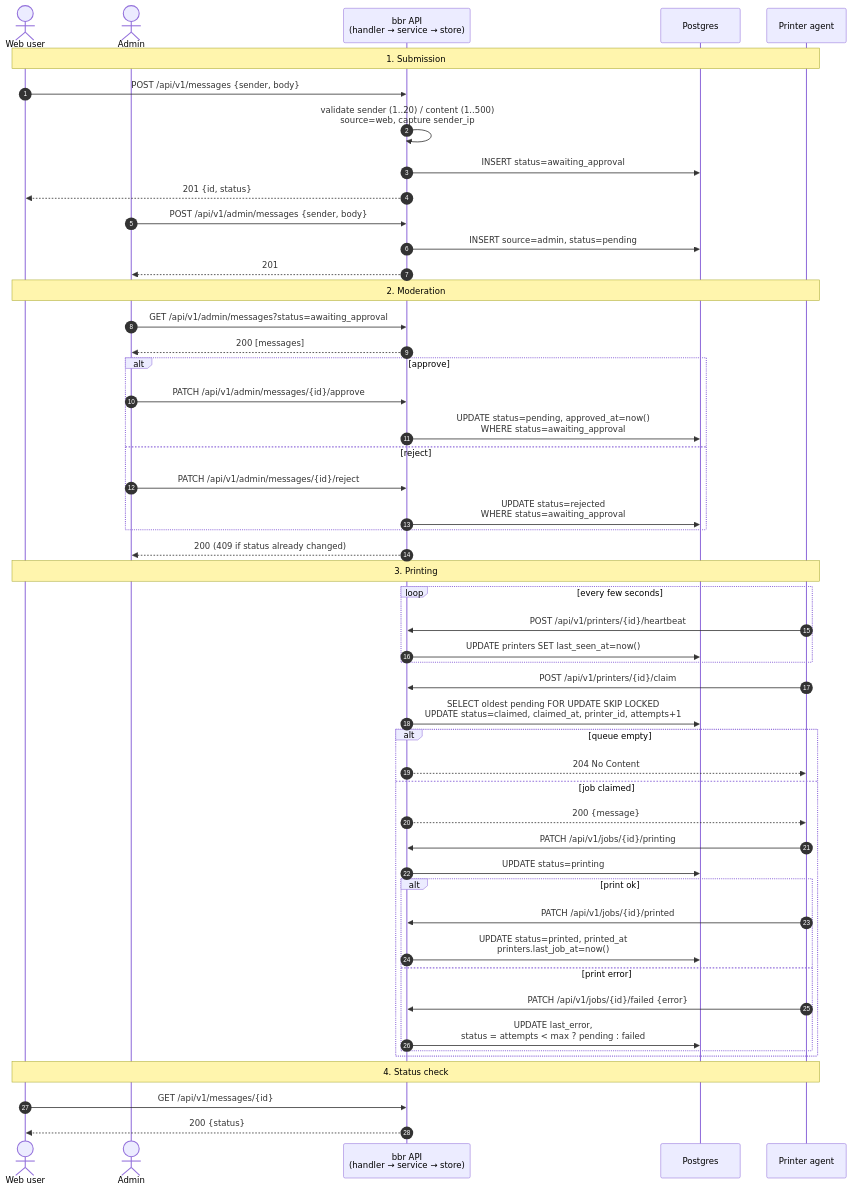
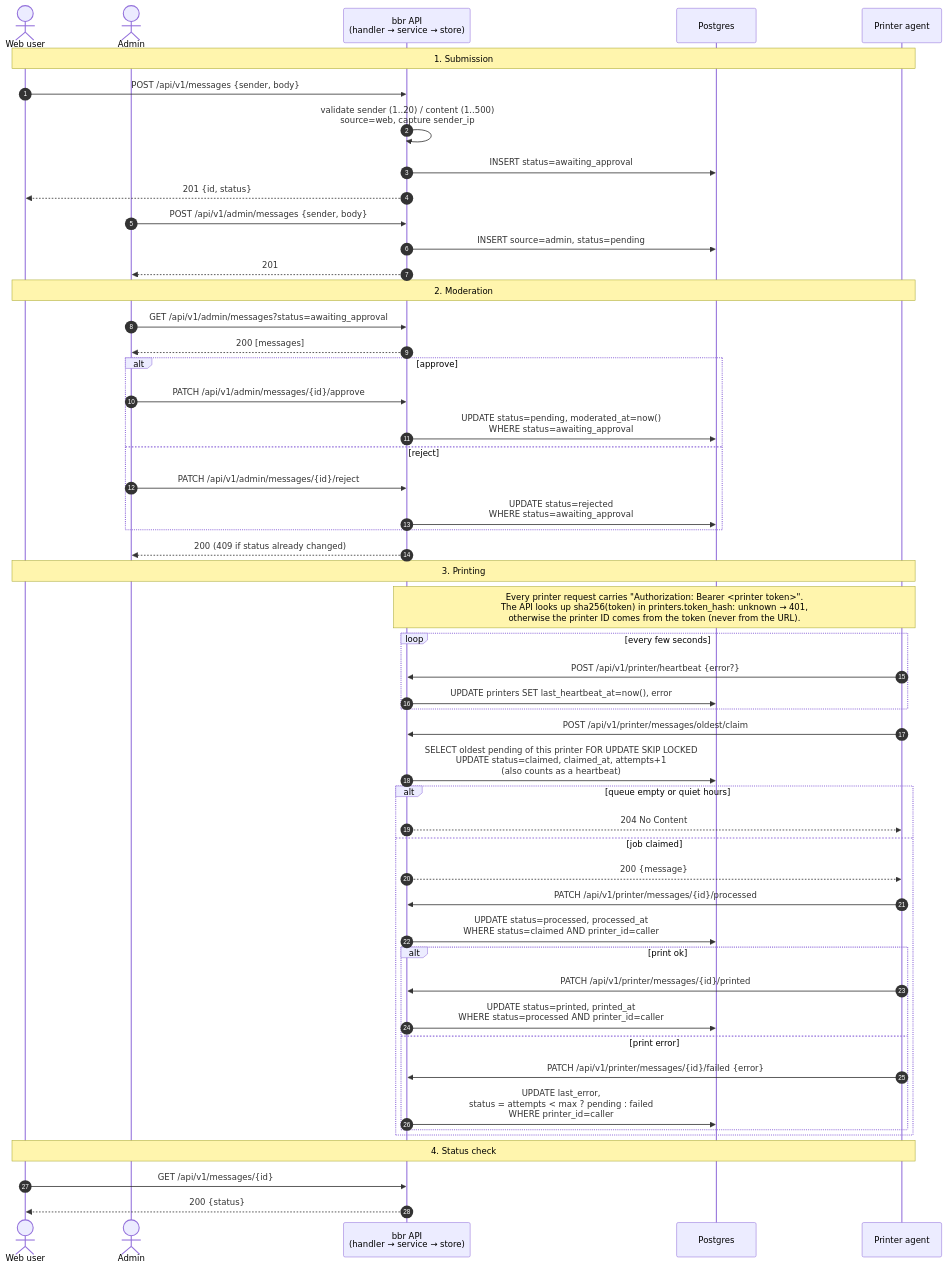
One commit to DamDRAIME/burn-before-reading changed the first of 2 diagrams in server/README.md. Above: the diagram before and after it, drawn with Mermaid. The commit also changed other lines of this file, not shown here.

````diff
--- a/server/README.md
+++ b/server/README.md
@@ -23,52 +23,53 @@
 ```mermaid
 sequenceDiagram
 autonumber
 actor U as Web user
 actor A as Admin
 participant API as bbr API<br/>(handler → service → store)
 participant DB as Postgres
 participant P as Printer agent
 Note over U,P: 1. Submission
 U->>API: POST /api/v1/messages {sender, body}
 API->>API: validate sender (1..20) / content (1..500)<br/>source=web, capture sender_ip
 API->>DB: INSERT status=awaiting_approval
 API-->>U: 201 {id, status}
 A->>API: POST /api/v1/admin/messages {sender, body}
 API->>DB: INSERT source=admin, status=pending
 API-->>A: 201
 Note over U,P: 2. Moderation
 A->>API: GET /api/v1/admin/messages?status=awaiting_approval
 API-->>A: 200 [messages]
 alt approve
 A->>API: PATCH /api/v1/admin/messages/{id}/approve
-API->>DB: UPDATE status=pending, approved_at=now()<br/>WHERE status=awaiting_approval
+API->>DB: UPDATE status=pending, moderated_at=now()<br/>WHERE status=awaiting_approval
 else reject
 A->>API: PATCH /api/v1/admin/messages/{id}/reject
 API->>DB: UPDATE status=rejected<br/>WHERE status=awaiting_approval
 end
 API-->>A: 200 (409 if status already changed)
 Note over U,P: 3. Printing
+Note over API,P: Every printer request carries "Authorization: Bearer <printer token>".<br/>The API looks up sha256(token) in printers.token_hash: unknown → 401,<br/>otherwise the printer ID comes from the token (never from the URL).
 loop every few seconds
-P->>API: POST /api/v1/printers/{id}/heartbeat
-API->>DB: UPDATE printers SET last_seen_at=now()
+P->>API: POST /api/v1/printer/heartbeat {error?}
+API->>DB: UPDATE printers SET last_heartbeat_at=now(), error
 end
-P->>API: POST /api/v1/printers/{id}/claim
-API->>DB: SELECT oldest pending FOR UPDATE SKIP LOCKED<br/>UPDATE status=claimed, claimed_at, printer_id, attempts+1
-alt queue empty
+P->>API: POST /api/v1/printer/messages/oldest/claim
+API->>DB: SELECT oldest pending of this printer FOR UPDATE SKIP LOCKED<br/>UPDATE status=claimed, claimed_at, attempts+1<br/>(also counts as a heartbeat)
+alt queue empty or quiet hours
 API-->>P: 204 No Content
 else job claimed
 API-->>P: 200 {message}
-P->>API: PATCH /api/v1/jobs/{id}/printing
-API->>DB: UPDATE status=printing
+P->>API: PATCH /api/v1/printer/messages/{id}/processed
+API->>DB: UPDATE status=processed, processed_at<br/>WHERE status=claimed AND printer_id=caller
 alt print ok
-P->>API: PATCH /api/v1/jobs/{id}/printed
-API->>DB: UPDATE status=printed, printed_at<br/>printers.last_job_at=now()
+P->>API: PATCH /api/v1/printer/messages/{id}/printed
+API->>DB: UPDATE status=printed, printed_at<br/>WHERE status=processed AND printer_id=caller
 else print error
-P->>API: PATCH /api/v1/jobs/{id}/failed {error}
-API->>DB: UPDATE last_error,<br/>status = attempts < max ? pending : failed
+P->>API: PATCH /api/v1/printer/messages/{id}/failed {error}
+API->>DB: UPDATE last_error,<br/>status = attempts < max ? pending : failed<br/>WHERE printer_id=caller
 end
 end
 Note over U,P: 4. Status check
 U->>API: GET /api/v1/messages/{id}
 API-->>U: 200 {status}
 ```
````
